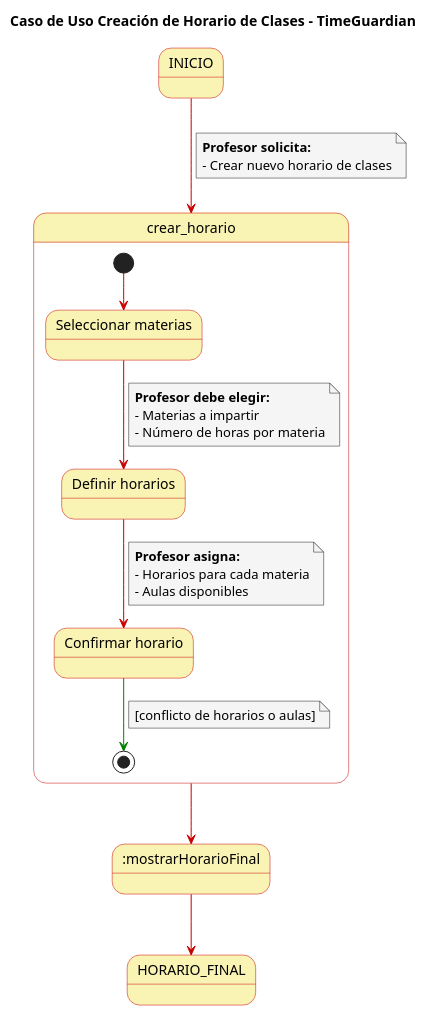
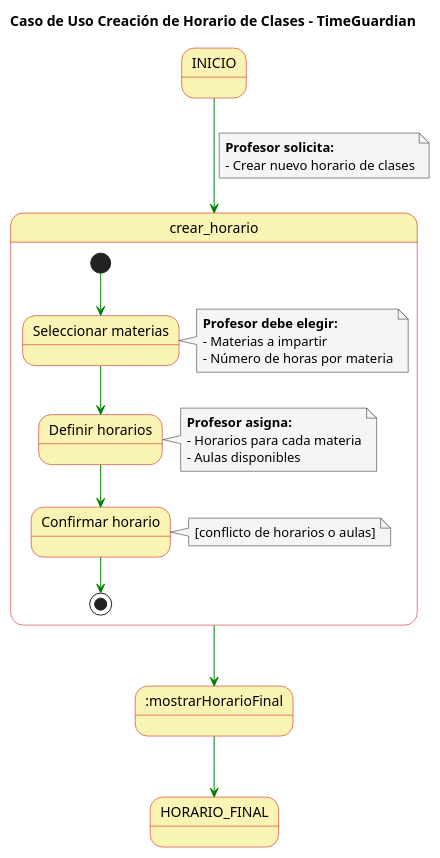
The diagram in Casos de Uso/Detalles Creación de horario de clases.puml (FernandoWilliam26/23-24-IdSw1-SDR), drawn with PlantUML before and after one commit. The commit also changed 1 other file, not shown here.

Commit message:
Cambiando detalle creacion de horario de clases

```diff
--- a/Casos de Uso/Detalles Creación de horario de clases.puml
+++ b/Casos de Uso/Detalles Creación de horario de clases.puml
@@ -1,50 +1,48 @@
 @startuml
-
 skinparam state {
   BackgroundColor #faf4b4
   BorderColor #c90000
 }
 
 skinparam note {
   BackgroundColor #f5f5f5
 }
 
 skinparam linetype polyline
 
 title Caso de Uso Creación de Horario de Clases - TimeGuardian
 
-INICIO -[#c90000]-> crear_horario
+INICIO -[#green]-> crear_horario
 note on link
   **Profesor solicita:**
   - Crear nuevo horario de clases
 end note
 
 state crear_horario {
-  state "Seleccionar materias" as A
-  state "Definir horarios" as B
-  state "Confirmar horario" as C
-
-  [*] -[#c90000]-> A
-  A -[#c90000]-> B
-  note on link
-      **Profesor debe elegir:**
-      - Materias a impartir
-      - Número de horas por materia
+  state "Seleccionar materias" as SeleccionarMaterias
+  state "Definir horarios" as DefinirHorarios
+  state "Confirmar horario" as ConfirmarHorario
+  
+  [*] -[#green]-> SeleccionarMaterias
+  note right of SeleccionarMaterias
+    **Profesor debe elegir:**
+    - Materias a impartir
+    - Número de horas por materia
   end note
-  B -[#c90000]-> C
-  note on link
+  SeleccionarMaterias -[#green]-> DefinirHorarios
+  note right of DefinirHorarios
     **Profesor asigna:**
     - Horarios para cada materia
     - Aulas disponibles
   end note
-  C -[#green]-> [*]
-  note on link
+  DefinirHorarios -[#green]-> ConfirmarHorario
+  note right of ConfirmarHorario
     [conflicto de horarios o aulas]
   end note
+  ConfirmarHorario -[#green]-> [*]
 }
 
-crear_horario -[#c90000]-> :mostrarHorarioFinal
-
-:mostrarHorarioFinal -[#c90000]-> HORARIO_FINAL
+crear_horario -[#green]-> :mostrarHorarioFinal
+:mostrarHorarioFinal -[#green]-> HORARIO_FINAL
 
 @enduml
```
